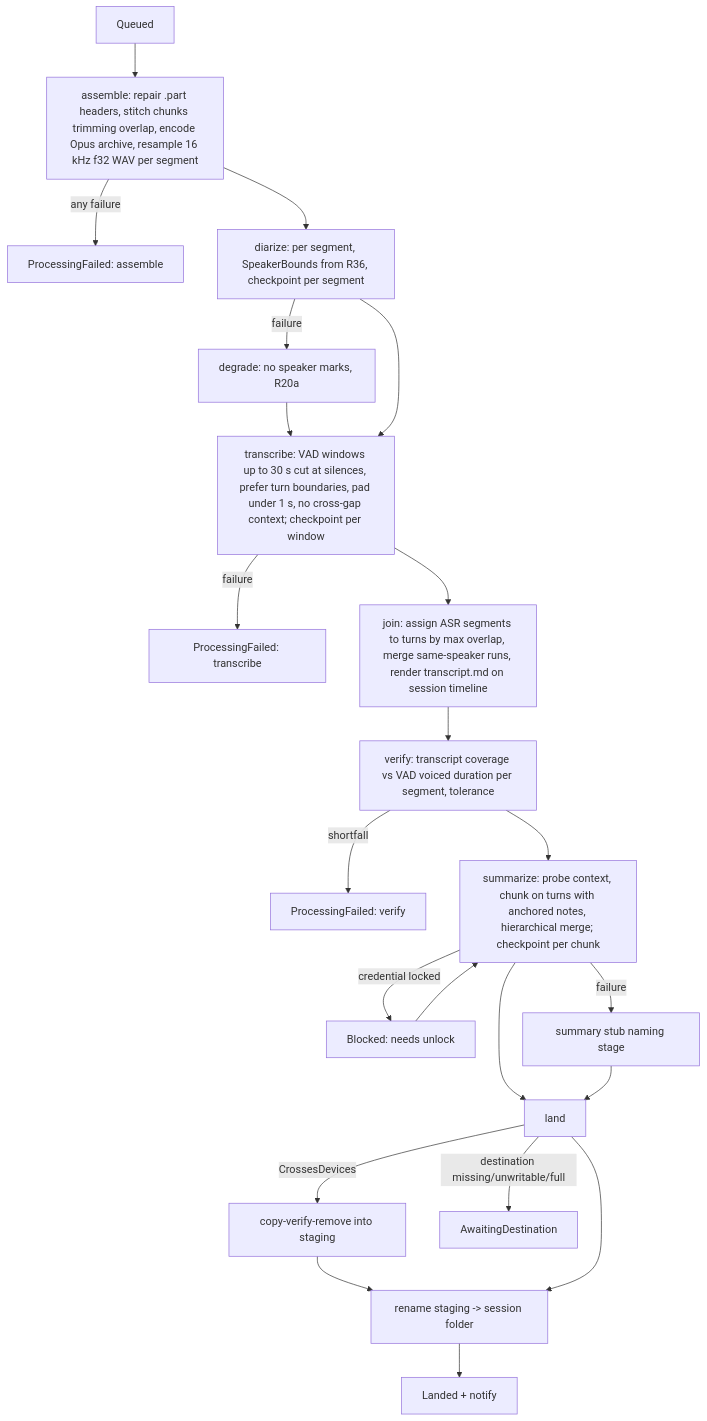
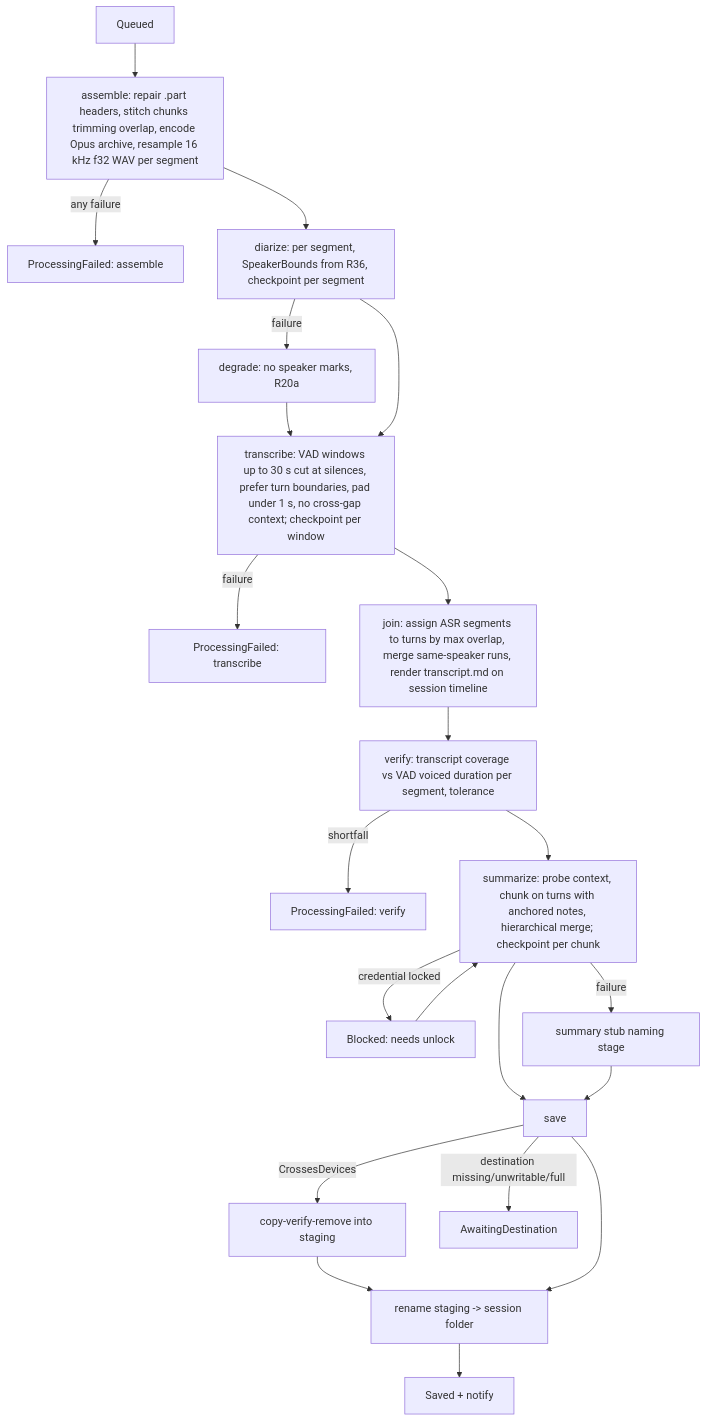
One commit to twistymaze/longhand changed the third of 4 diagrams in docs/plans/2026-09-21-2052-feat-longhand-walking-skeleton-plan.md. Above: the diagram before and after it, drawn with Mermaid. The commit also changed other lines of this file and 3 other files, not shown here.

Commit message:
Use Save and Saved in the plan, solutions doc, ideas and glossary

````diff
--- a/docs/plans/2026-09-21-2052-feat-longhand-walking-skeleton-plan.md
+++ b/docs/plans/2026-09-21-2052-feat-longhand-walking-skeleton-plan.md
@@ -412,21 +412,21 @@
 ```mermaid
 flowchart TB
   Q[Queued] --> A[assemble: repair .part headers, stitch chunks trimming overlap, encode Opus archive, resample 16 kHz f32 WAV per segment]
   A -->|any failure| F[ProcessingFailed: assemble]
   A --> D[diarize: per segment, SpeakerBounds from R36, checkpoint per segment]
   D -->|failure| D2[degrade: no speaker marks, R20a] --> T
   D --> T[transcribe: VAD windows up to 30 s cut at silences, prefer turn boundaries, pad under 1 s, no cross-gap context; checkpoint per window]
   T -->|failure| F2[ProcessingFailed: transcribe]
   T --> J[join: assign ASR segments to turns by max overlap, merge same-speaker runs, render transcript.md on session timeline]
   J --> V[verify: transcript coverage vs VAD voiced duration per segment, tolerance]
   V -->|shortfall| F3[ProcessingFailed: verify]
   V --> S[summarize: probe context, chunk on turns with anchored notes, hierarchical merge; checkpoint per chunk]
   S -->|credential locked| B[Blocked: needs unlock] --> S
   S -->|failure| Stub[summary stub naming stage]
-  S --> L[land]
+  S --> L[save]
   Stub --> L
   L -->|CrossesDevices| Copy[copy-verify-remove into staging] --> L2[rename staging -> session folder]
   L --> L2
   L -->|destination missing/unwritable/full| AD[AwaitingDestination]
-  L2 --> Done[Landed + notify]
+  L2 --> Done[Saved + notify]
 ```
````
